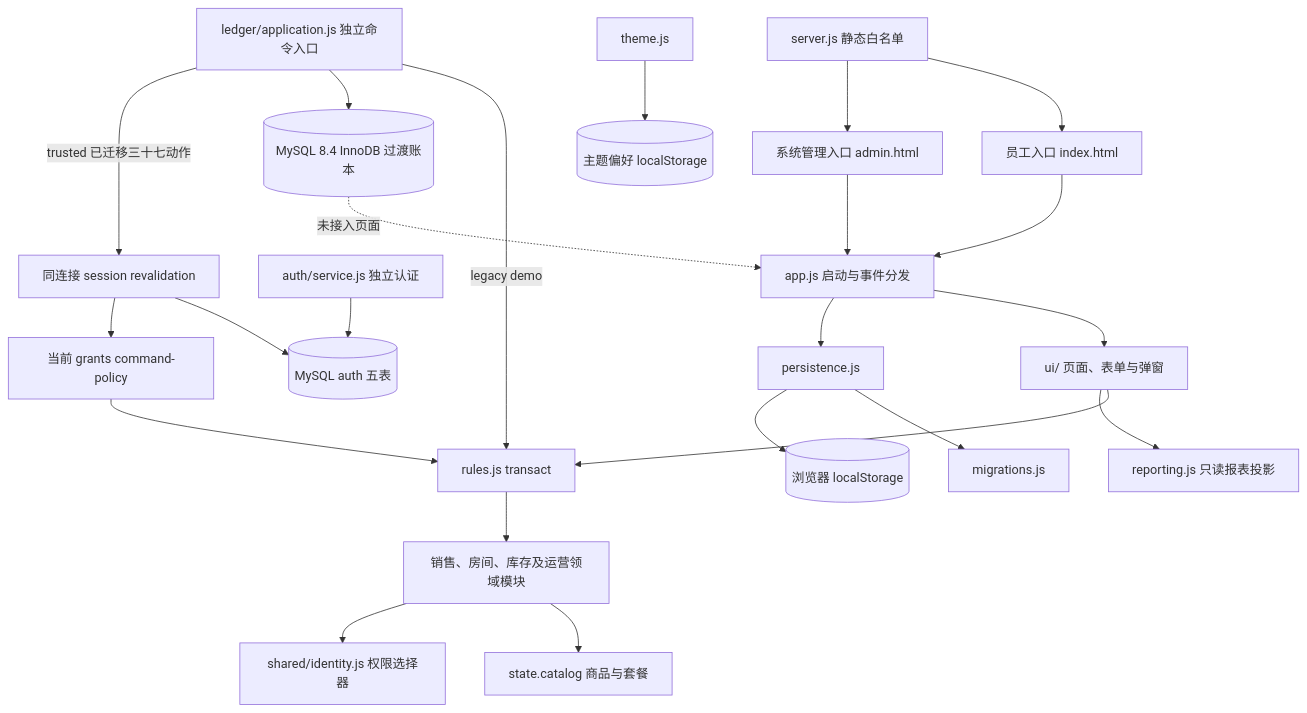
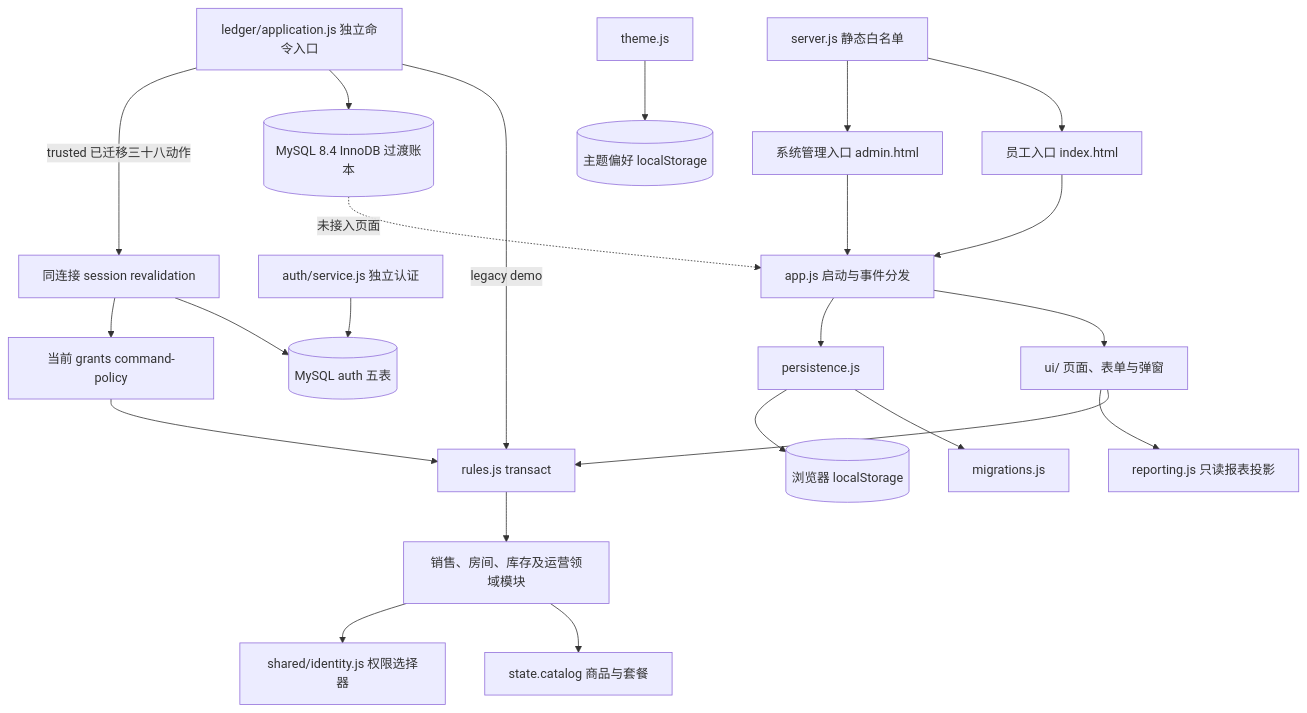
Before and after one commit to Richard-Zhuo/codex-KTV: the diagram in docs/ARCHITECTURE.md, drawn with Mermaid. The commit also changed other lines of this file and 29 other files, not shown here.

````diff
--- a/docs/ARCHITECTURE.md
+++ b/docs/ARCHITECTURE.md
@@ -7,25 +7,25 @@
 ```mermaid
 flowchart TD
   E[员工入口 index.html] --> APP[app.js 启动与事件分发]
   A[系统管理入口 admin.html] --> APP
   APP --> UI[ui/ 页面、表单与弹窗]
   APP --> P[persistence.js]
   P --> M[migrations.js]
   P --> LS[(浏览器 localStorage)]
   UI --> TX[rules.js transact]
   TX --> D[销售、房间、库存及运营领域模块]
   UI --> REP[reporting.js 只读报表投影]
   D --> C[state.catalog 商品与套餐]
   D --> ID[shared/identity.js 权限选择器]
   T[theme.js] --> PREF[(主题偏好 localStorage)]
   S[server.js 静态白名单] --> E
   S --> A
   L[ledger/application.js 独立命令入口] -->|legacy demo| TX
   L --> DB[(MySQL 8.4 InnoDB 过渡账本)]
   AUTH[auth/service.js 独立认证] --> AUTHDB[(MySQL auth 五表)]
-  L -->|trusted 已迁移三十七动作| RV[同连接 session revalidation]
+  L -->|trusted 已迁移三十八动作| RV[同连接 session revalidation]
   RV --> AUTHDB
   RV --> CP[当前 grants command-policy]
   CP --> TX
   DB -. 未接入页面 .-> APP
 ```
````
